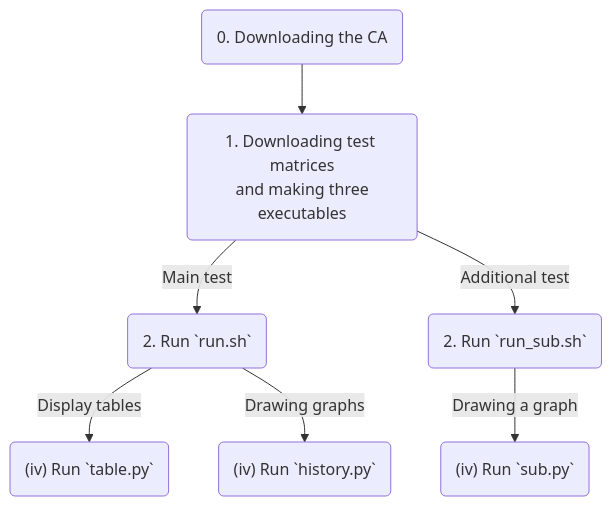
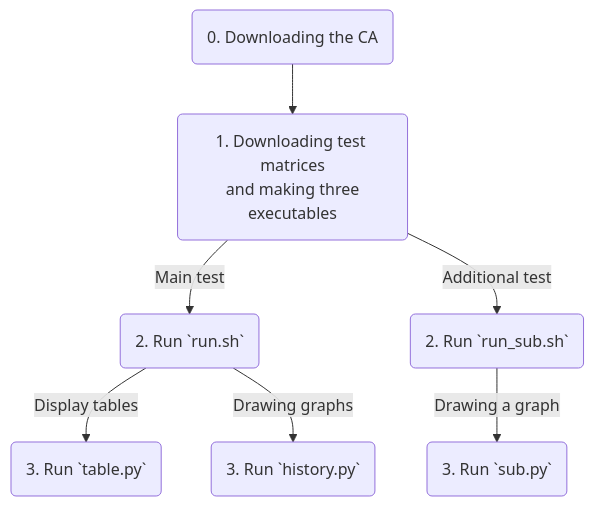
One commit to suzuki-hpc/SC23-AD changed the diagram in README.md. Above: the diagram before and after it, drawn with Mermaid.

````diff
--- a/README.md
+++ b/README.md
@@ -33,9 +33,9 @@
 ```mermaid
 flowchart
 	A(0. Downloading the CA) --> B(1. Downloading test matrices\n and making three executables);
 	B -- Main test --> C(2. Run `run.sh`);
 	B -- Additional test --> D(2. Run `run_sub.sh`);
-	C -- Display tables --> E("(iv)" Run `table.py`);
-	C -- Drawing graphs --> F("(iv)" Run `history.py`);
-	D -- Drawing a graph --> G("(iv)" Run `sub.py`);
+	C -- Display tables --> E(3. Run `table.py`);
+	C -- Drawing graphs --> F(3. Run `history.py`);
+	D -- Drawing a graph --> G(3. Run `sub.py`);
 ```
````
